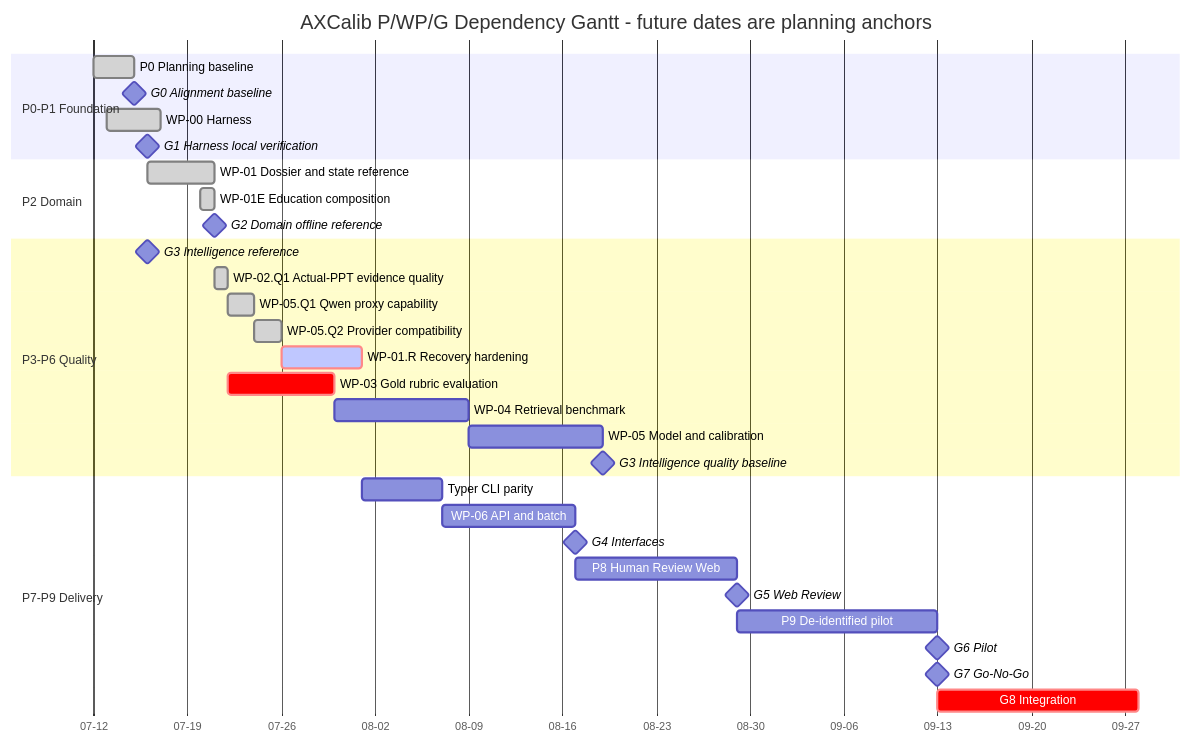
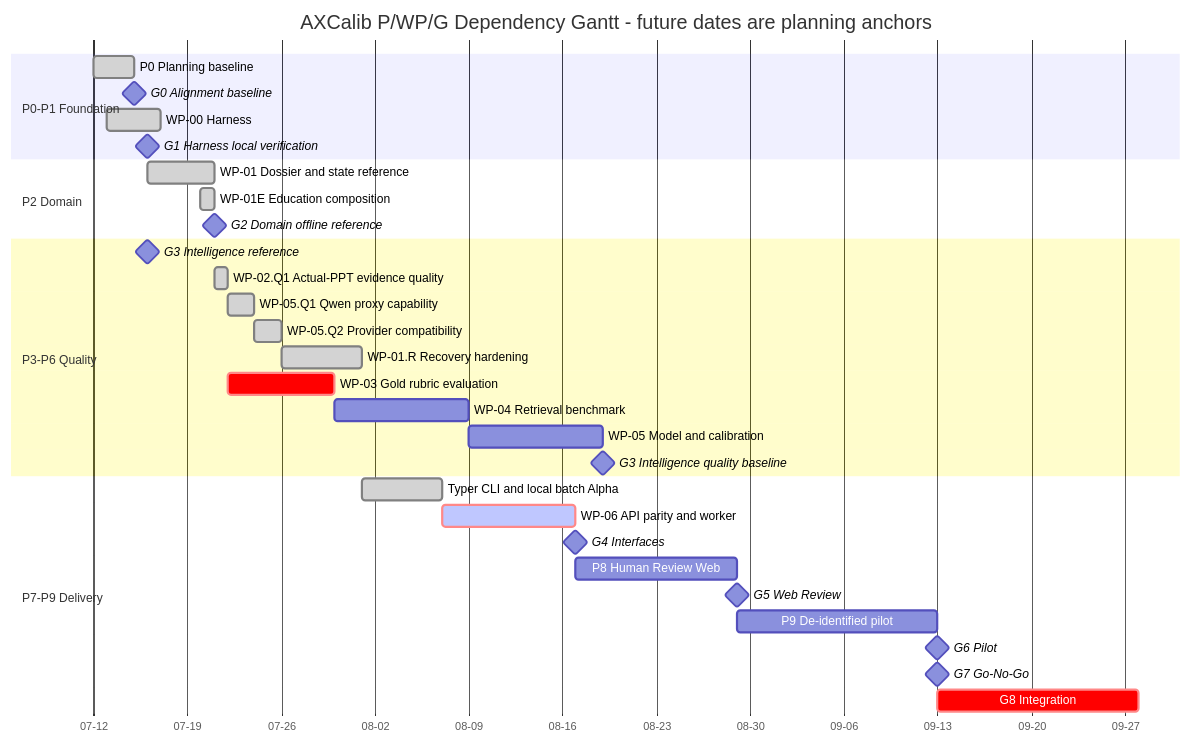
Before and after one commit to Infant83/AXCalib: the diagram in PROJECT_STATE.md, drawn with Mermaid. The commit also changed other lines of this file and 44 other files, not shown here.

Commit message:
feat: deliver local library MVP alpha

````diff
--- a/PROJECT_STATE.md
+++ b/PROJECT_STATE.md
@@ -83,40 +83,40 @@
 ```mermaid
 gantt
     title AXCalib P/WP/G Dependency Gantt - future dates are planning anchors
     dateFormat YYYY-MM-DD
     axisFormat %m-%d
     todayMarker stroke-width:2px,stroke:#A50034,opacity:0.8
 
     section P0-P1 Foundation
     P0 Planning baseline                 :done, p0, 2026-07-12, 3d
     G0 Alignment baseline               :milestone, g0, 2026-07-15, 0d
     WP-00 Harness                       :done, wp00, 2026-07-13, 4d
     G1 Harness local verification       :milestone, g1, 2026-07-16, 0d
 
     section P2 Domain
     WP-01 Dossier and state reference   :done, wp01, 2026-07-16, 5d
     WP-01E Education composition        :done, wp01e, 2026-07-20, 1d
     G2 Domain offline reference         :milestone, g2, 2026-07-21, 0d
 
     section P3-P6 Quality
     G3 Intelligence reference           :milestone, g3ref, 2026-07-16, 0d
     WP-02.Q1 Actual-PPT evidence quality :done, wp02q1, 2026-07-21, 1d
     WP-05.Q1 Qwen proxy capability      :done, wp05q1, after wp02q1, 2d
     WP-05.Q2 Provider compatibility     :done, wp05q2, after wp05q1, 2d
-    WP-01.R Recovery hardening          :active,crit, wp01r, after wp05q2, 6d
+    WP-01.R Recovery hardening          :done, wp01r, after wp05q2, 6d
     WP-03 Gold rubric evaluation        :crit, wp03, after wp02q1, 8d
     WP-04 Retrieval benchmark           :wp04, after wp03, 10d
     WP-05 Model and calibration         :wp05, after wp04, 10d
     G3 Intelligence quality baseline    :milestone, g3quality, after wp05, 0d
 
     section P7-P9 Delivery
-    Typer CLI parity                    :wpcli, after wp01r, 6d
-    WP-06 API and batch                 :wp06, after wpcli, 10d
+    Typer CLI and local batch Alpha     :done, wpcli, after wp01r, 6d
+    WP-06 API parity and worker         :active,crit, wp06, after wpcli, 10d
     G4 Interfaces                       :milestone, g4, after wp06, 0d
     P8 Human Review Web                 :wpweb, after wp06, 12d
     G5 Web Review                       :milestone, g5, after wpweb, 0d
     P9 De-identified pilot              :wppilot, after wpweb, 15d
     G6 Pilot                            :milestone, g6, after wppilot, 0d
     G7 Go-No-Go                         :milestone, g7, after g6, 0d
     G8 Integration                      :crit, wpint, after g7, 15d
 ```
````
